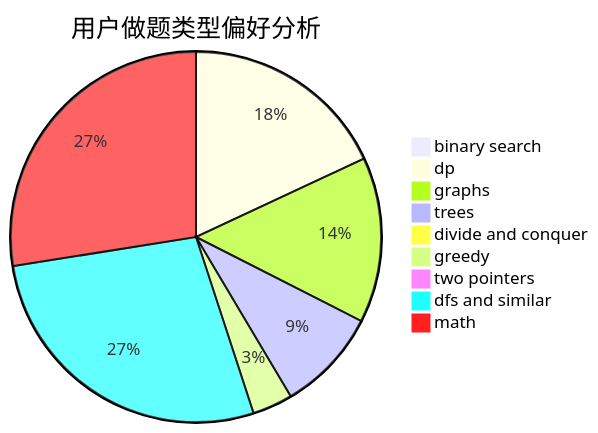
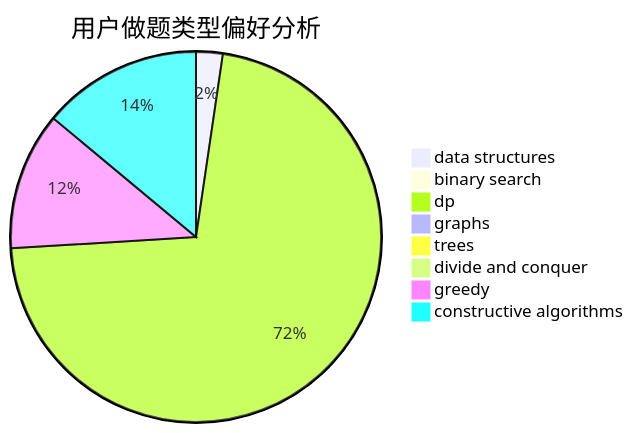
The second of 3 diagrams in docs/user/u380.md (sherpahu/cfrs.github.io), drawn with Mermaid before and after one commit. The commit also changed other lines of this file and 2775 other files, not shown here.

````diff
--- a/docs/user/u380.md
+++ b/docs/user/u380.md
@@ -23,12 +23,11 @@
 ```mermaid
 pie title 用户做题类型偏好分析
-    "binary search" :  7
+    "data structures" :  6
+    "binary search" :  0
     "dp" :  185
-    "graphs" :  148
-    "trees" :  92
+    "graphs" :  0
+    "trees" :  0
     "divide and conquer" :  0
-    "greedy" :  36
-    "two pointers" :  0
-    "dfs and similar" :  282
-    "math" :  282
+    "greedy" :  31
+    "constructive algorithms" :  36
 ```
````
